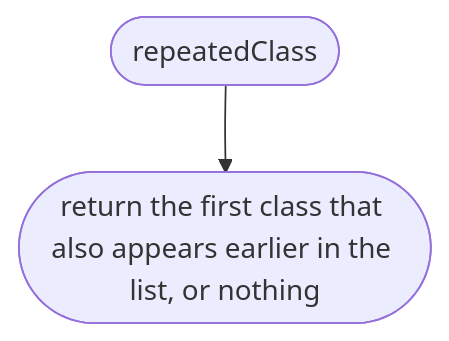
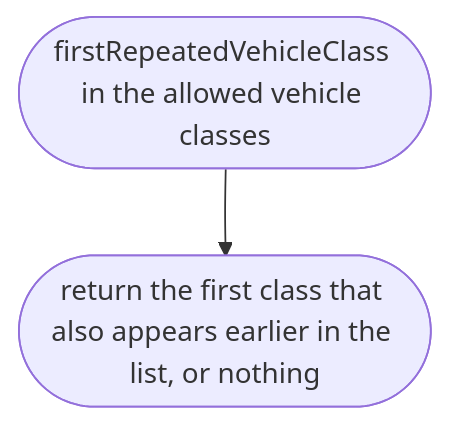
The first of 5 diagrams in docs/designs/src/place/place.md (NewDara-Star/world-engine), drawn with Mermaid before and after one commit. The commit also changed other lines of this file and 9 other files, not shown here.

````diff
--- a/docs/designs/src/place/place.md
+++ b/docs/designs/src/place/place.md
@@ -11,6 +13,6 @@
 ```mermaid
 flowchart TD
-  s(["repeatedClass"])
+  s(["firstRepeatedVehicleClass in the allowed vehicle classes"])
   a(["return the first class that also appears earlier in the list, or nothing"])
   s --> a
 ```
````
